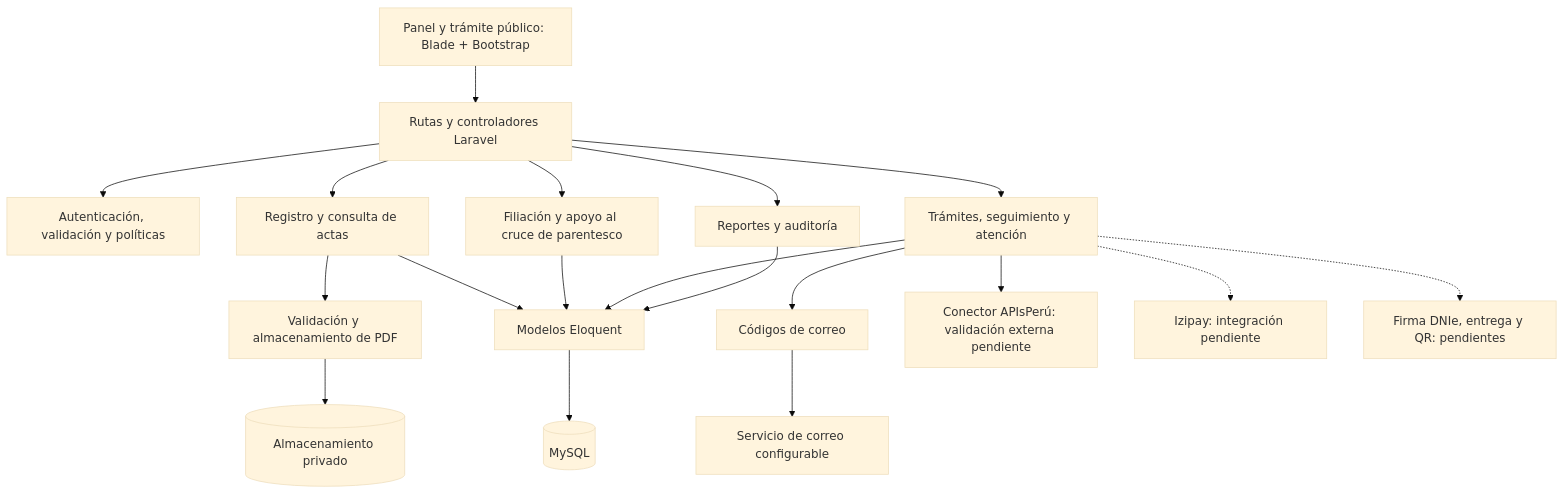
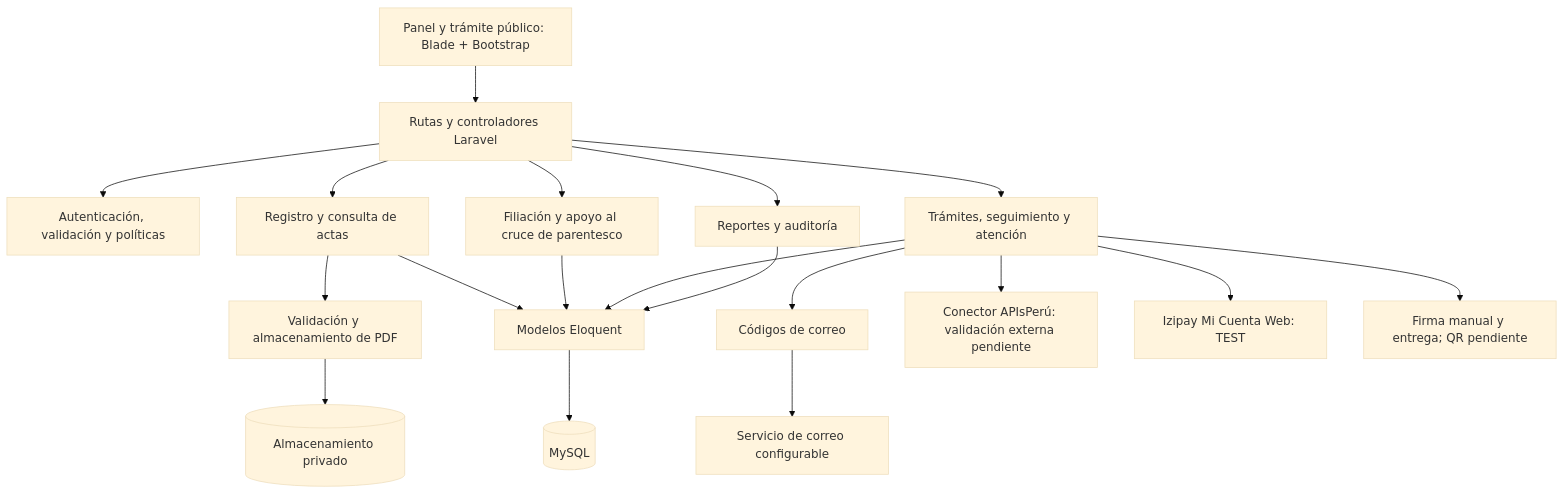
One commit to DeyviQC/RegistroCivil_arquiSoft_Quispe-02 changed the diagram in arquitectura/componentes-arquitectonicos.md. Above: the diagram before and after it, drawn with Mermaid (base theme). The commit also changed other lines of this file, not shown here.

Commit message:
docs: actualizar componentes de pago y entrega manual

````diff
--- a/arquitectura/componentes-arquitectonicos.md
+++ b/arquitectura/componentes-arquitectonicos.md
@@ -5,31 +5,31 @@
 ```mermaid
 flowchart TD
     Web["Panel y trámite público: Blade + Bootstrap"]
     Entrada["Rutas y controladores Laravel"]
     Acceso["Autenticación, validación y políticas"]
     Actas["Registro y consulta de actas"]
     PDF["Validación y almacenamiento de PDF"]
     Filiacion["Filiación y apoyo al cruce de parentesco"]
     Tramites["Trámites, seguimiento y atención"]
     Codigos["Códigos de correo"]
     Reportes["Reportes y auditoría"]
     Modelos["Modelos Eloquent"]
     Web --> Entrada
     Entrada --> Acceso
     Entrada --> Actas
     Entrada --> Filiacion
     Entrada --> Tramites
     Entrada --> Reportes
     Actas --> PDF
     Actas --> Modelos
     Filiacion --> Modelos
     Tramites --> Modelos
     Reportes --> Modelos
     Tramites --> Codigos
     Codigos --> Correo["Servicio de correo configurable"]
     Tramites --> API["Conector APIsPerú: validación externa pendiente"]
-    Tramites -.-> Pago["Izipay: integración pendiente"]
-    Tramites -.-> Futuro["Firma DNIe, entrega y QR: pendientes"]
+    Tramites --> Pago["Izipay Mi Cuenta Web: TEST"]
+    Tramites --> Futuro["Firma manual y entrega; QR pendiente"]
     Modelos --> BD[("MySQL")]
     PDF --> Disco[("Almacenamiento privado")]
 ```
````
